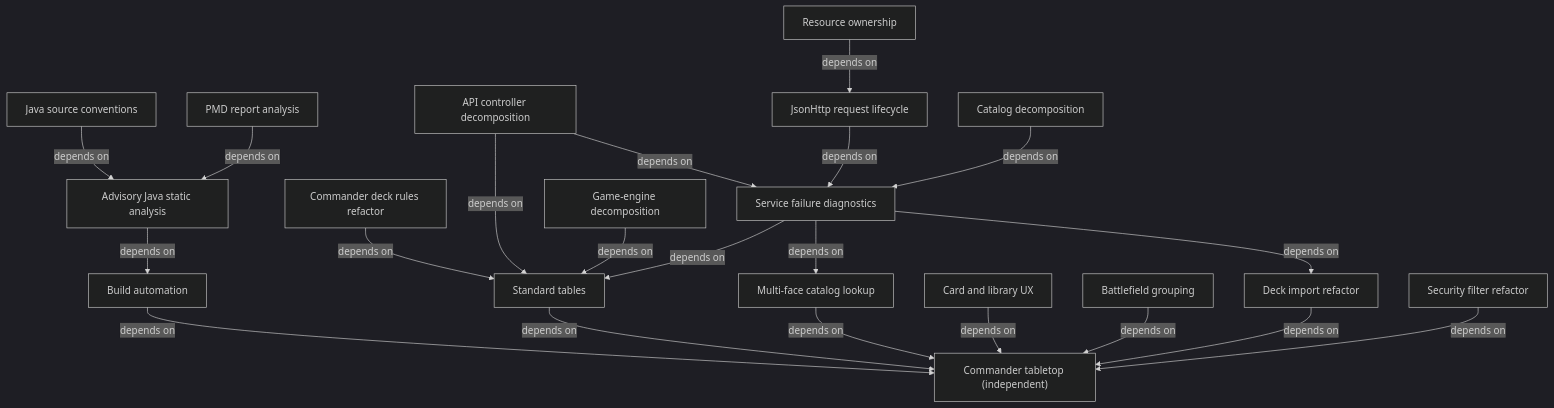
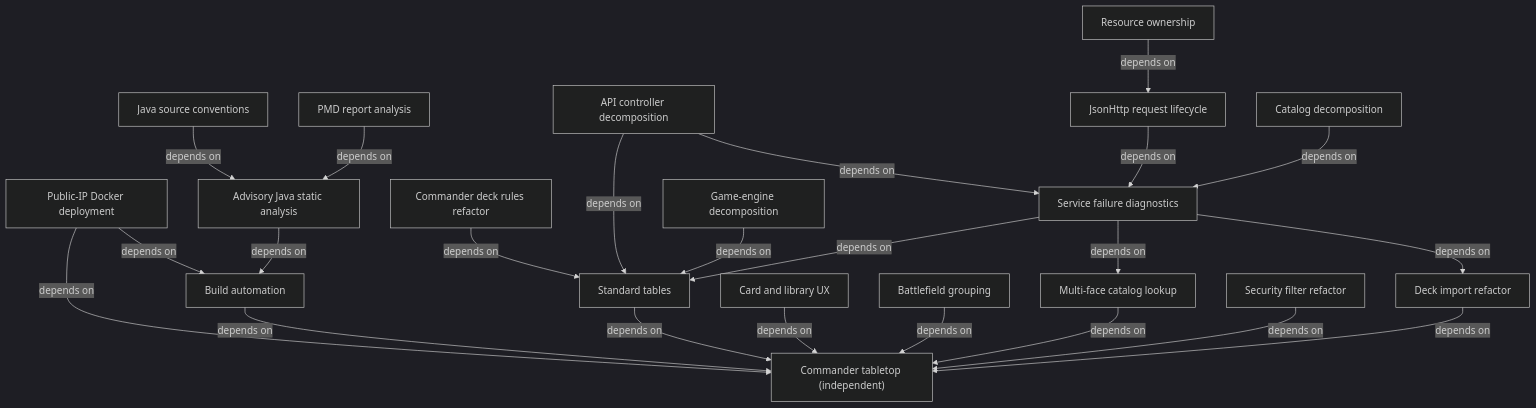
The diagram in spec/INDEX.md (gossagomez-new/mtgcmd), drawn with Mermaid (dark theme) before and after one commit. The commit also changed other lines of this file and 11 other files, not shown here.

````diff
--- a/spec/INDEX.md
+++ b/spec/INDEX.md
@@ -29,41 +33,44 @@
 ```mermaid
 flowchart TD
+    deployment["Public-IP Docker deployment"]
+    deployment -->|depends on| build
+    deployment -->|depends on| tabletop
     tabletop["Commander tabletop (independent)"]
     build["Build automation"]
     analysis["Advisory Java static analysis"]
     analysis -->|depends on| build
     conventions["Java source conventions"]
     conventions -->|depends on| analysis
     pmdreview["PMD report analysis"]
     pmdreview -->|depends on| analysis
     imports["Deck import refactor"]
     imports -->|depends on| tabletop
     catalog["Multi-face catalog lookup"]
     catalog -->|depends on| tabletop
     ux["Card and library UX"]
     ux -->|depends on| tabletop
     grouping["Battlefield grouping"]
     grouping -->|depends on| tabletop
     standard["Standard tables"]
     standard -->|depends on| tabletop
     deckrules["Commander deck rules refactor"]
     deckrules -->|depends on| standard
     diagnostics["Service failure diagnostics"]
     diagnostics -->|depends on| imports
     diagnostics -->|depends on| catalog
     diagnostics -->|depends on| standard
     api["API controller decomposition"]
     api -->|depends on| diagnostics
     api -->|depends on| standard
     transport["JsonHttp request lifecycle"]
     transport -->|depends on| diagnostics
     resources["Resource ownership"]
     resources -->|depends on| transport
     decomposition["Catalog decomposition"]
     decomposition -->|depends on| diagnostics
     engine["Game-engine decomposition"]
     engine -->|depends on| standard
     security["Security filter refactor"]
     security -->|depends on| tabletop
     build -->|depends on| tabletop
 ```
````
